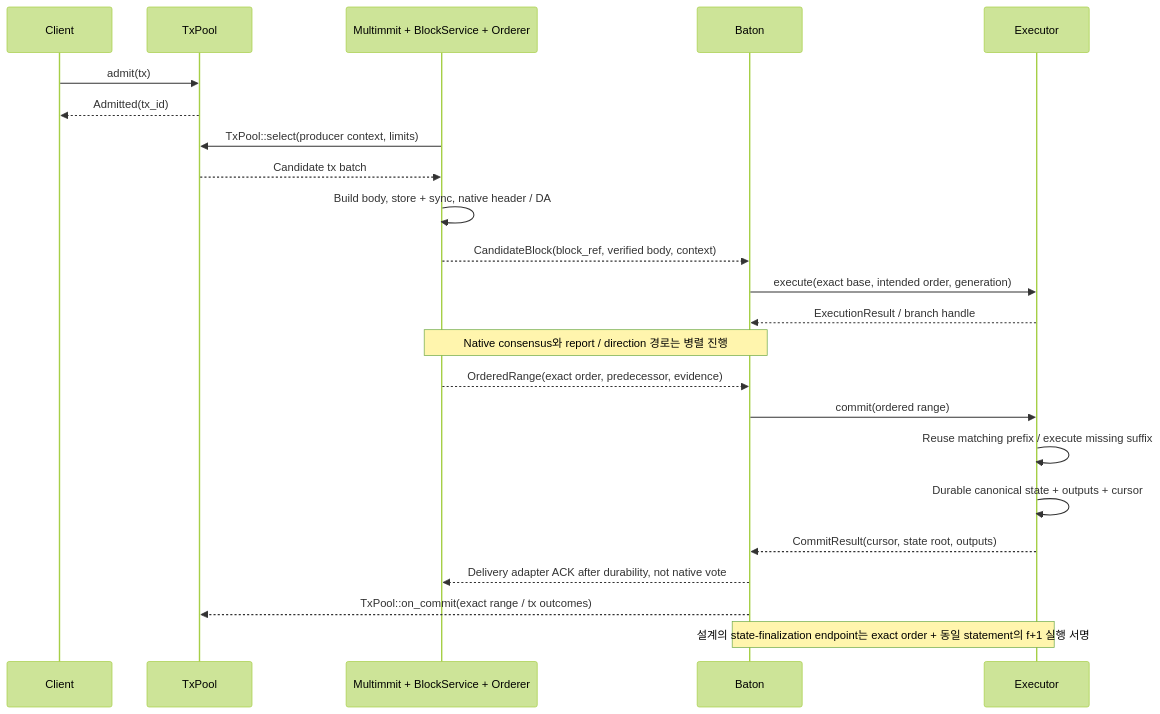
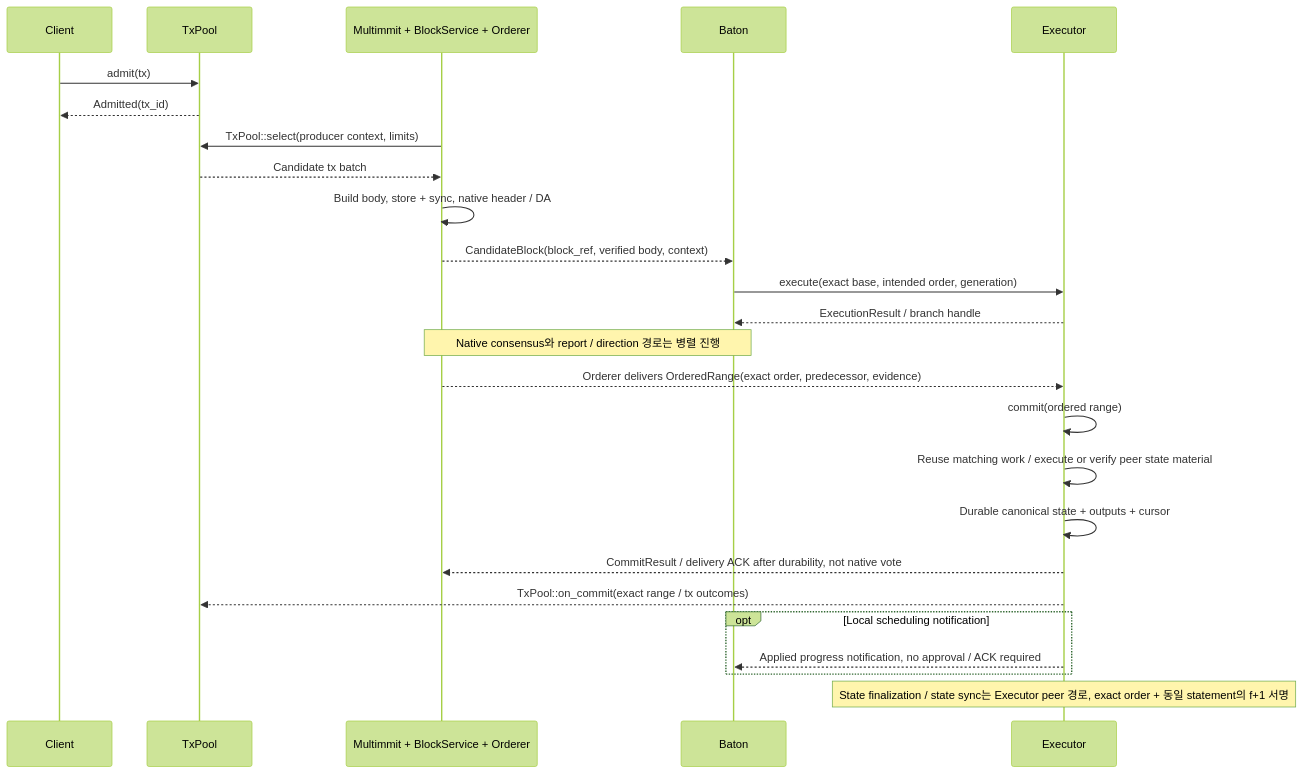
One commit to djm07073/baton-research changed the second of 18 diagrams in IMPLEMENTATION_SPEC.md. Above: the diagram before and after it, drawn with Mermaid (forest theme). The commit also changed other lines of this file and 30 other files, not shown here.

Commit message:
docs: assign finalization and validator state sync to Executor

````diff
--- a/IMPLEMENTATION_SPEC.md
+++ b/IMPLEMENTATION_SPEC.md
@@ -216,25 +220,27 @@
 ```mermaid
 sequenceDiagram
     participant C as Client
     participant T as TxPool
     participant N as Multimmit + BlockService + Orderer
     participant B as Baton
     participant E as Executor
     C->>T: admit(tx)
     T-->>C: Admitted(tx_id)
     N->>T: TxPool::select(producer context, limits)
     T-->>N: Candidate tx batch
     N->>N: Build body, store + sync, native header / DA
     N-->>B: CandidateBlock(block_ref, verified body, context)
     B->>E: execute(exact base, intended order, generation)
     E-->>B: ExecutionResult / branch handle
     Note over N,B: Native consensus와 report / direction 경로는 병렬 진행
-    N-->>B: OrderedRange(exact order, predecessor, evidence)
-    B->>E: commit(ordered range)
-    E->>E: Reuse matching prefix / execute missing suffix
+    N-->>E: Orderer delivers OrderedRange(exact order, predecessor, evidence)
+    E->>E: commit(ordered range)
+    E->>E: Reuse matching work / execute or verify peer state material
     E->>E: Durable canonical state + outputs + cursor
-    E-->>B: CommitResult(cursor, state root, outputs)
-    B-->>N: Delivery adapter ACK after durability, not native vote
-    B-->>T: TxPool::on_commit(exact range / tx outcomes)
-    Note over B,E: 설계의 state-finalization endpoint는 exact order + 동일 statement의 f+1 실행 서명
+    E-->>N: CommitResult / delivery ACK after durability, not native vote
+    E-->>T: TxPool::on_commit(exact range / tx outcomes)
+    opt Local scheduling notification
+        E-->>B: Applied progress notification, no approval / ACK required
+    end
+    Note over E: State finalization / state sync는 Executor peer 경로, exact order + 동일 statement의 f+1 서명
 ```
````
